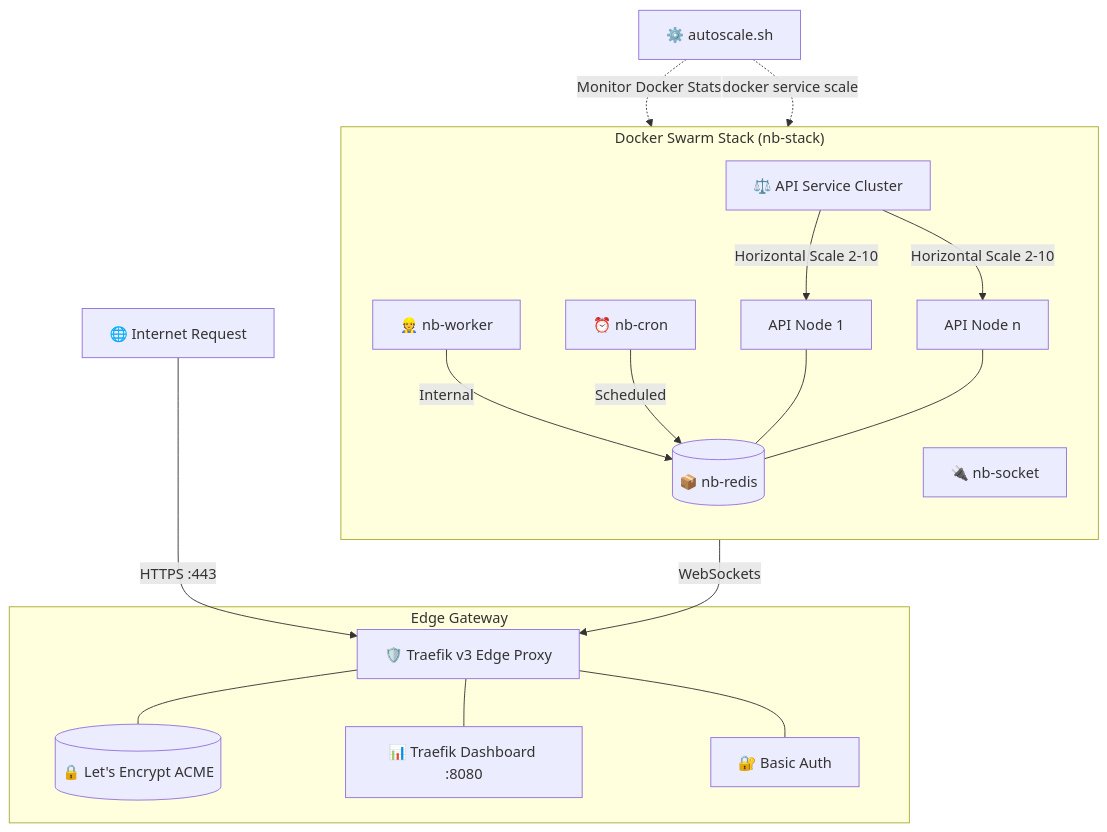
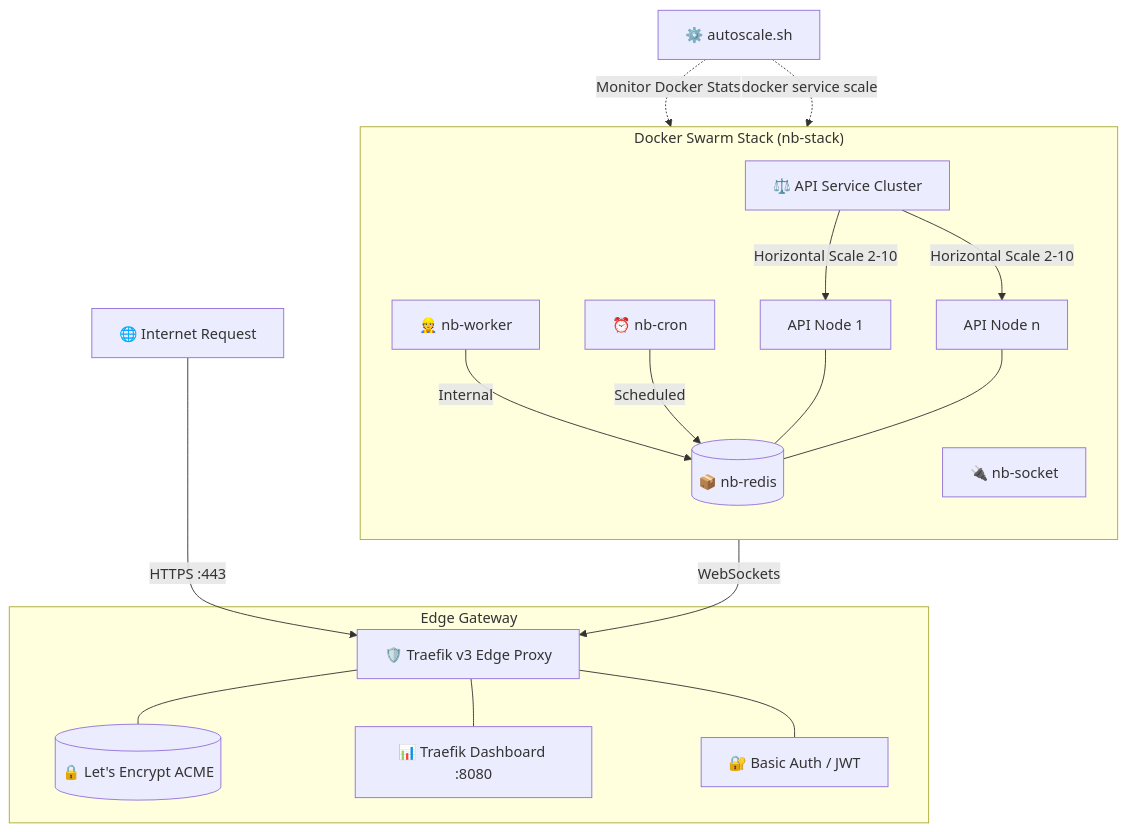
The diagram in README.md (abhimanyu8829/Nitroberry_DevOps_CICD), drawn with Mermaid before and after one commit. The commit also changed other lines of this file and 5 other files, not shown here.

Commit message:
feat: implement edge JWT authentication via Traefik middleware and update configuration templates

````diff
--- a/README.md
+++ b/README.md
@@ -39,41 +39,41 @@
 ```mermaid
 graph TD
     %% Entry Point
     Client[🌐 Internet Request] -->|HTTPS :443| Traefik[🛡️ Traefik v3 Edge Proxy]
     
     %% Gateway Roles
     subgraph "Edge Gateway"
         Traefik --- Certs[(🔒 Let's Encrypt ACME)]
         Traefik --- Dashboard[📊 Traefik Dashboard :8080]
-        Traefik --- Auth[🔐 Basic Auth]
+        Traefik --- Auth[🔐 Basic Auth / JWT]
     end
 
     %% Service Cluster
     subgraph "Docker Swarm Stack (nb-stack)"
         direction TB
         
         %% API Layer
         API_POOL[⚖️ API Service Cluster]
         API_POOL -->|Horizontal Scale 2-10| API_1[API Node 1]
         API_POOL -->|Horizontal Scale 2-10| API_n[API Node n]
         
         %% Realtime
         Socket[🔌 nb-socket] -->|WebSockets| Traefik
         
         %% Async Workers
         Worker[👷 nb-worker] -->|Internal| Redis[(📦 nb-redis)]
         Cron[⏰ nb-cron] -->|Scheduled| Redis
         
         %% Inter-connectivity
         API_1 --- Redis
         API_n --- Redis
     end
 
     %% Control Plane
     Autoscaler[⚙️ autoscale.sh] -.->|Monitor Docker Stats| API_POOL
     Autoscaler -.->|docker service scale| API_POOL
 
     %% Networks
     classDef network fill:#f9f,stroke:#333,stroke-width:2px;
     class nb_network network;
 ```
````
